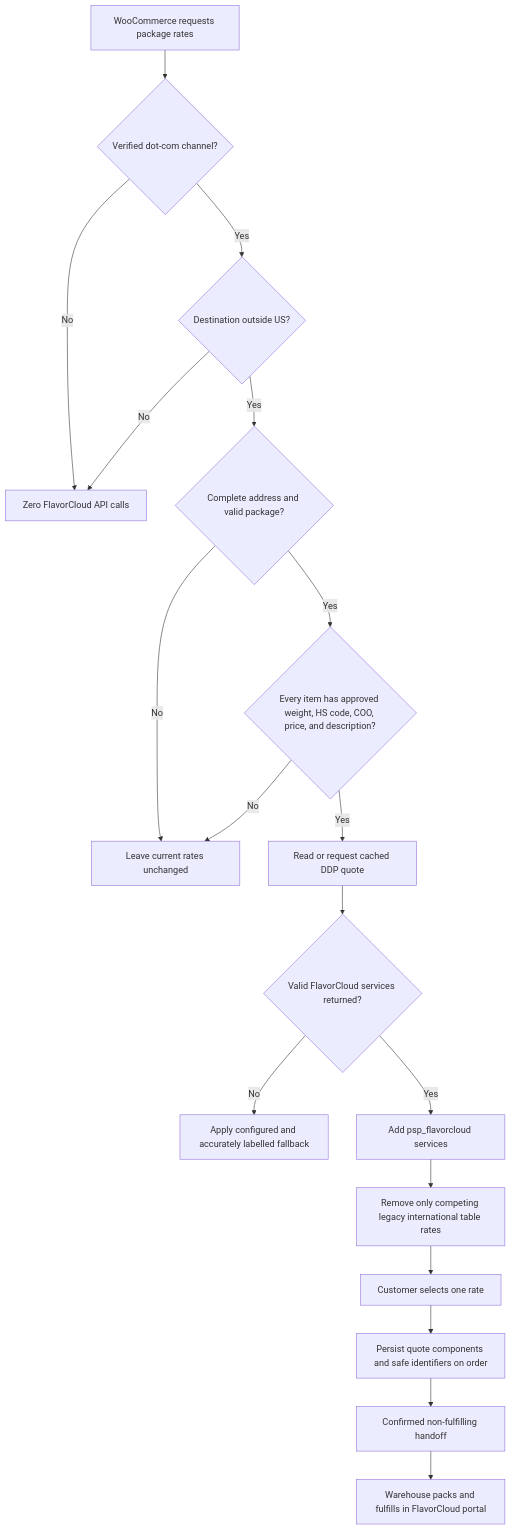
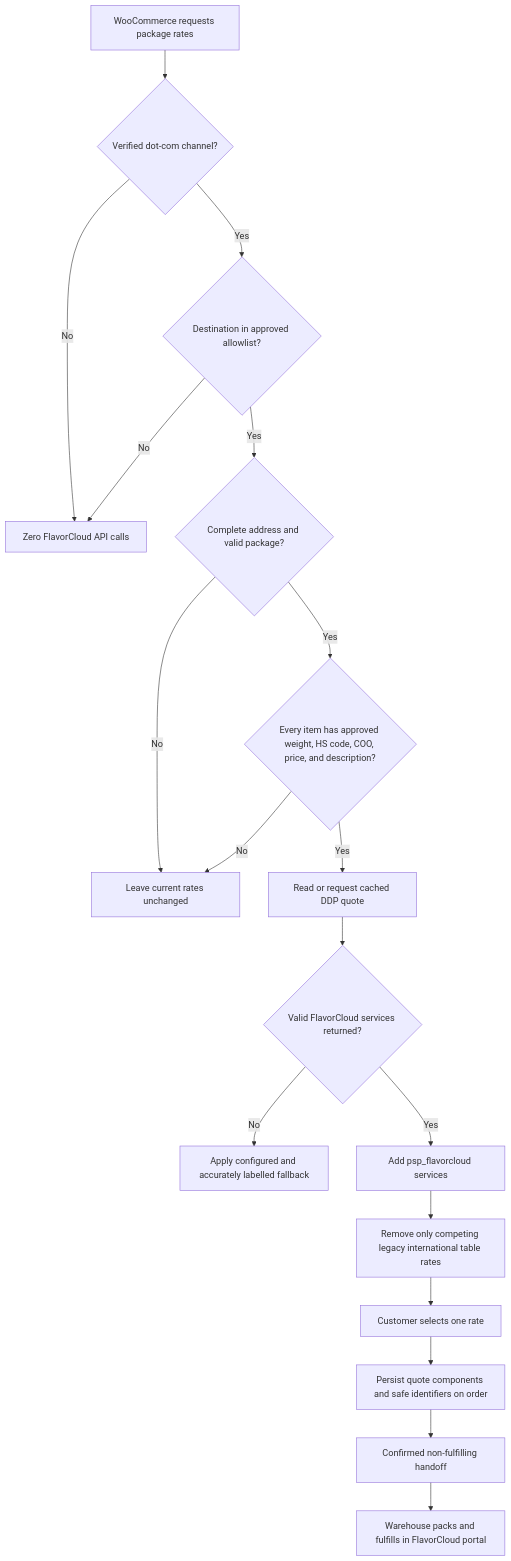
The diagram in wordpress/docs/flavorcloud-woocommerce-plugin-research.md (Affinity-Design/woonuxt), drawn with Mermaid before and after one commit. The commit also changed other lines of this file, not shown here.

````diff
--- a/wordpress/docs/flavorcloud-woocommerce-plugin-research.md
+++ b/wordpress/docs/flavorcloud-woocommerce-plugin-research.md
@@ -316,20 +413,20 @@
 ```mermaid
 flowchart TD
     A[WooCommerce requests package rates] --> B{Verified dot-com channel?}
     B -- No --> Z[Zero FlavorCloud API calls]
-    B -- Yes --> C{Destination outside US?}
+    B -- Yes --> C{Destination in approved allowlist?}
     C -- No --> Z
     C -- Yes --> D{Complete address and valid package?}
     D -- No --> F[Leave current rates unchanged]
     D -- Yes --> E{Every item has approved weight, HS code, COO, price, and description?}
     E -- No --> F
     E -- Yes --> G[Read or request cached DDP quote]
     G --> H{Valid FlavorCloud services returned?}
     H -- No --> I[Apply configured and accurately labelled fallback]
     H -- Yes --> J[Add psp_flavorcloud services]
     J --> K[Remove only competing legacy international table rates]
     K --> L[Customer selects one rate]
     L --> M[Persist quote components and safe identifiers on order]
     M --> N[Confirmed non-fulfilling handoff]
     N --> O[Warehouse packs and fulfills in FlavorCloud portal]
 ```
````
